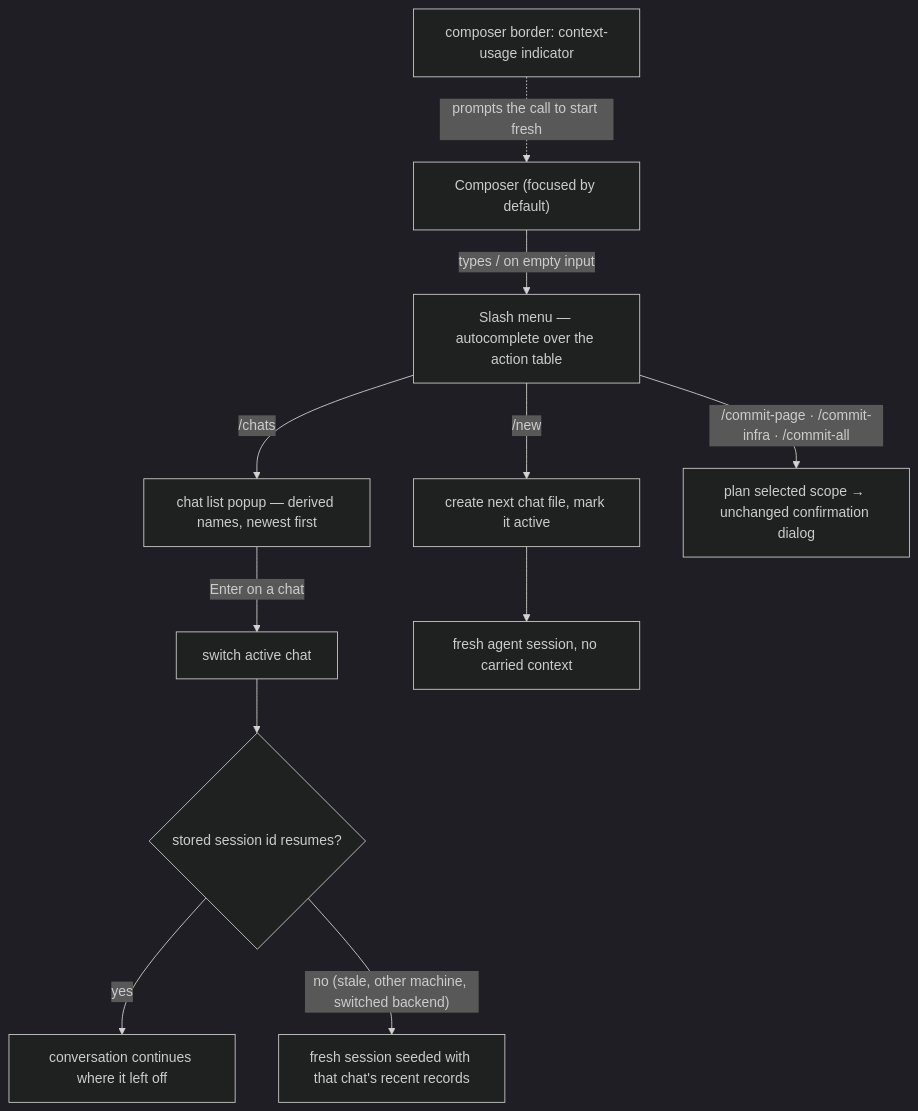
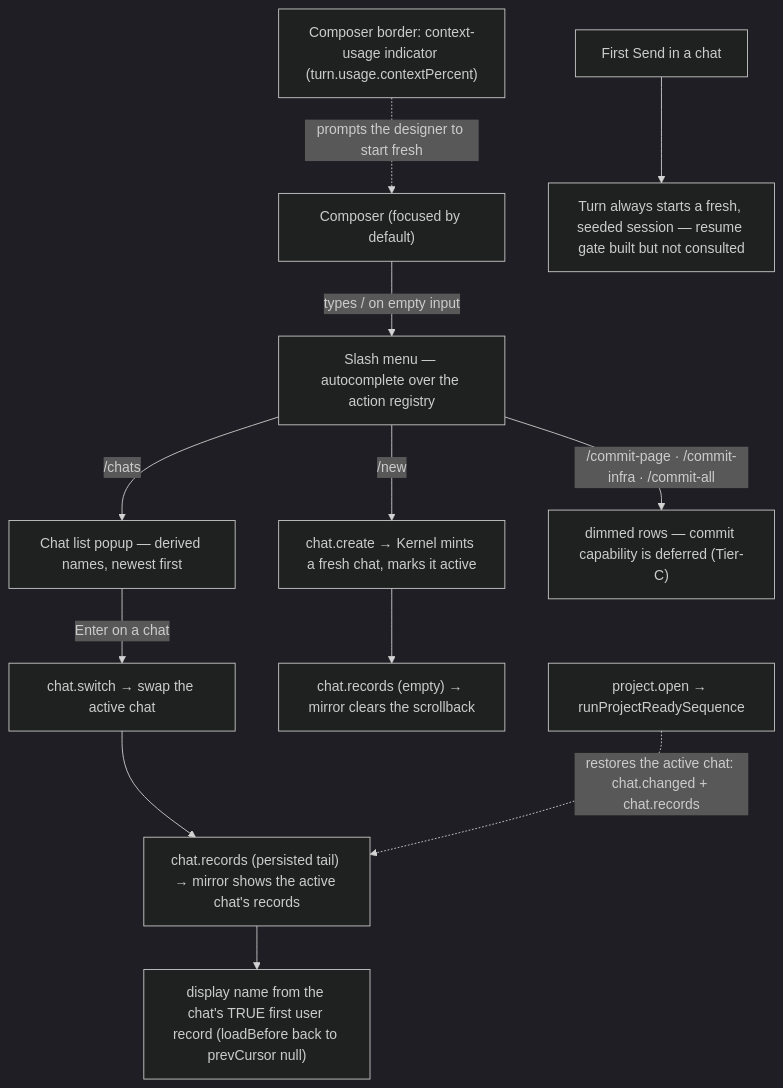
One commit to khmilevoi/termcraft changed the diagram in docs/architecture/flows/chats.md. Above: the diagram before and after it, drawn with Mermaid (dark theme). The commit also changed other lines of this file and 12 other files, not shown here.

First line of the commit message:
docs(architecture): source-anchor sweep after the MVP gap closeout

````diff
--- a/docs/architecture/flows/chats.md
+++ b/docs/architecture/flows/chats.md
@@ -3,13 +3,14 @@
 ```mermaid
 flowchart TD
-    composer["Composer (focused by default)"] -- "types / on empty input" --> menu["Slash menu — autocomplete over the action table"]
-    menu -- "/new" --> create["create next chat file, mark it active"]
-    menu -- "/chats" --> list["chat list popup — derived names, newest first"]
-    menu -- "/commit-page · /commit-infra · /commit-all" --> commit["plan selected scope → unchanged confirmation dialog"]
-    list -- "Enter on a chat" --> switch["switch active chat"]
-    create --> fresh["fresh agent session, no carried context"]
-    switch --> resume{"stored session id resumes?"}
-    resume -- "yes" --> cont["conversation continues where it left off"]
-    resume -- "no (stale, other machine, switched backend)" --> seed["fresh session seeded with that chat's recent records"]
-    usage["composer border: context-usage indicator"] -. "prompts the call to start fresh" .-> composer
+    composer["Composer (focused by default)"] -- "types / on empty input" --> menu["Slash menu — autocomplete over the action registry"]
+    menu -- "/new" --> create["chat.create → Kernel mints a fresh chat, marks it active"]
+    menu -- "/chats" --> list["Chat list popup — derived names, newest first"]
+    menu -- "/commit-page · /commit-infra · /commit-all" --> commit["dimmed rows — commit capability is deferred (Tier-C)"]
+    list -- "Enter on a chat" --> switch["chat.switch → swap the active chat"]
+    create --> emptytail["chat.records (empty) → mirror clears the scrollback"]
+    switch --> tail["chat.records (persisted tail) → mirror shows the active chat's records"]
+    tail --> name["display name from the chat's TRUE first user record (loadBefore back to prevCursor null)"]
+    send["First Send in a chat"] --> fresh["Turn always starts a fresh, seeded session — resume gate built but not consulted"]
+    relaunch["project.open → runProjectReadySequence"] -. "restores the active chat: chat.changed + chat.records" .-> tail
+    usage["Composer border: context-usage indicator (turn.usage.contextPercent)"] -. "prompts the designer to start fresh" .-> composer
 ```
````
